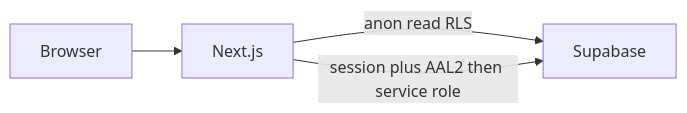
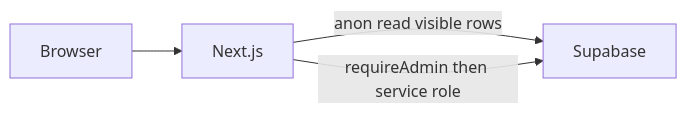
The diagram in .cursor/plans/portfolio_site_plan_7c213524.plan.md (omarmehawed/porfilio), drawn with Mermaid before and after one commit. The commit also changed other lines of this file and 80 other files, not shown here.

First line of the commit message:
Build portfolio site with Supabase admin, AI CV updater, and GitHub sync

````diff
--- a/.cursor/plans/portfolio_site_plan_7c213524.plan.md
+++ b/.cursor/plans/portfolio_site_plan_7c213524.plan.md
@@ -71,6 +105,6 @@
 ```mermaid
 flowchart LR
   Browser --> NextApp[Next.js]
-  NextApp -->|anon read RLS| Supabase
-  NextApp -->|session plus AAL2 then service role| Supabase
+  NextApp -->|anon read visible rows| Supabase
+  NextApp -->|requireAdmin then service role| Supabase
 ```
````
